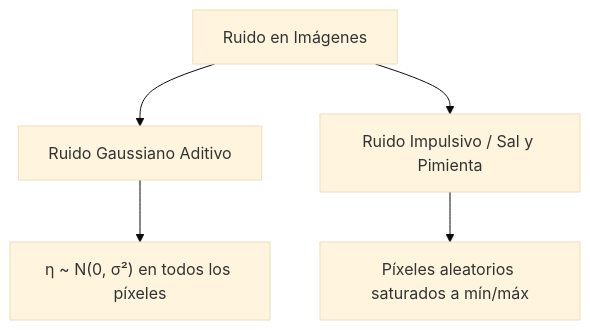
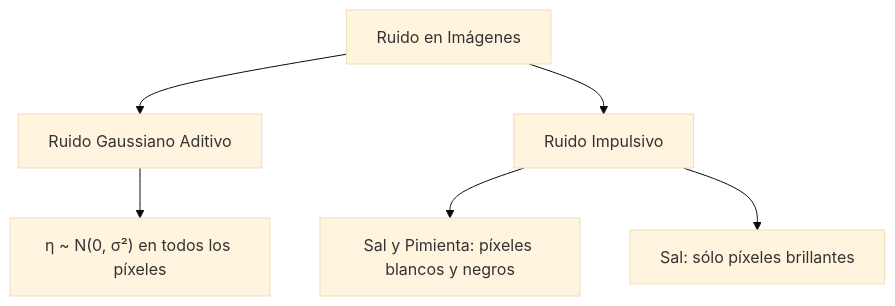
Before and after one commit to DanielChicoUGR/VC_APUNTES: the second of 6 diagrams in Tema 2/1. Representacion y Filtrado.md, drawn with Mermaid (base theme). The commit also changed other lines of this file and 10 other files, not shown here.

````diff
--- a/Tema 2/1. Representacion y Filtrado.md
+++ b/Tema 2/1. Representacion y Filtrado.md
@@ -77,7 +107,8 @@
 ```mermaid
 graph TD
     A[Ruido en Imágenes] --> B[Ruido Gaussiano Aditivo]
-    A --> C[Ruido Impulsivo / Sal y Pimienta]
+    A --> C[Ruido Impulsivo]
+    C --> C1["Sal y Pimienta: píxeles blancos y negros"]
+    C --> C2["Sal: sólo píxeles brillantes"]
     B --> B1["η ~ N(0, σ²) en todos los píxeles"]
-    C --> C1["Píxeles aleatorios saturados a mín/máx"]
 ```
````
